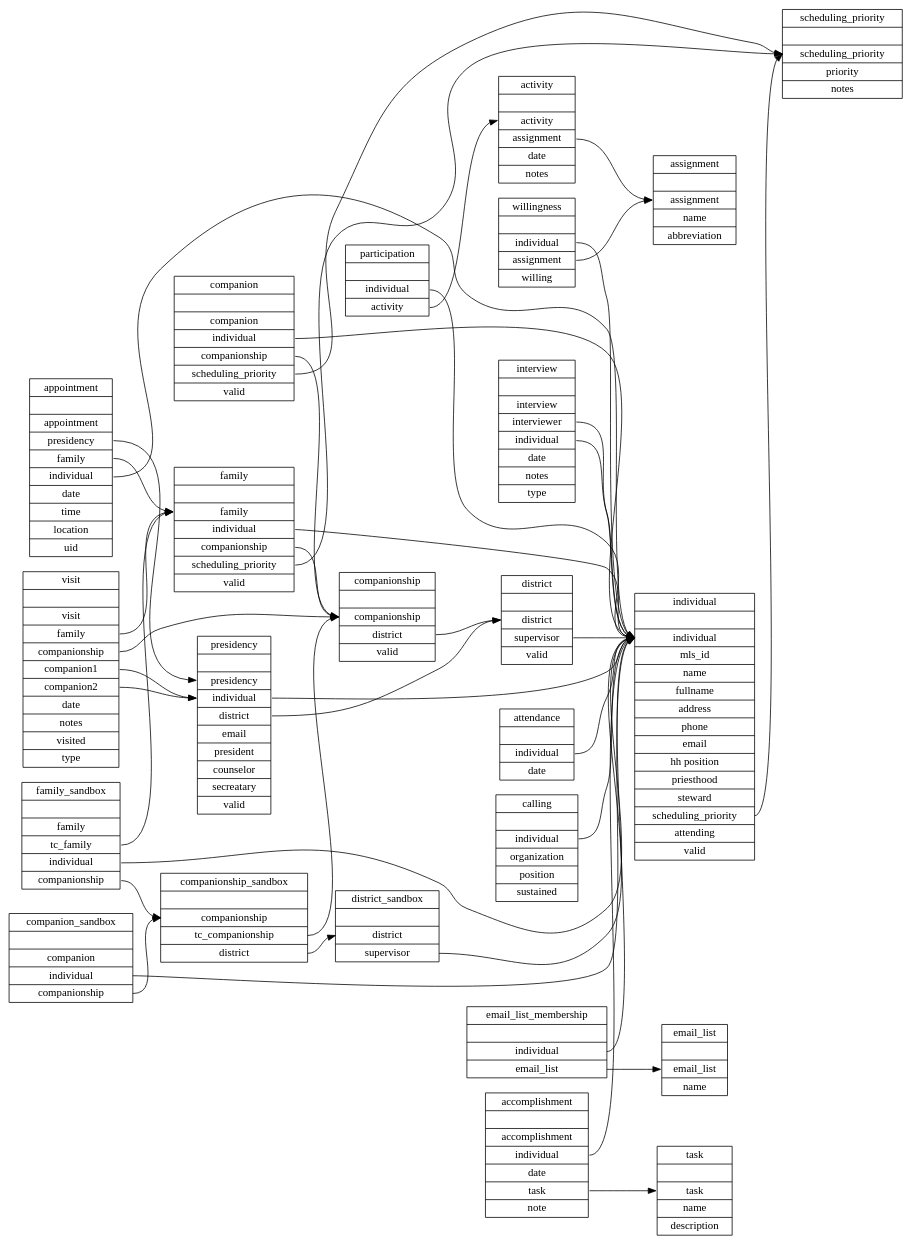
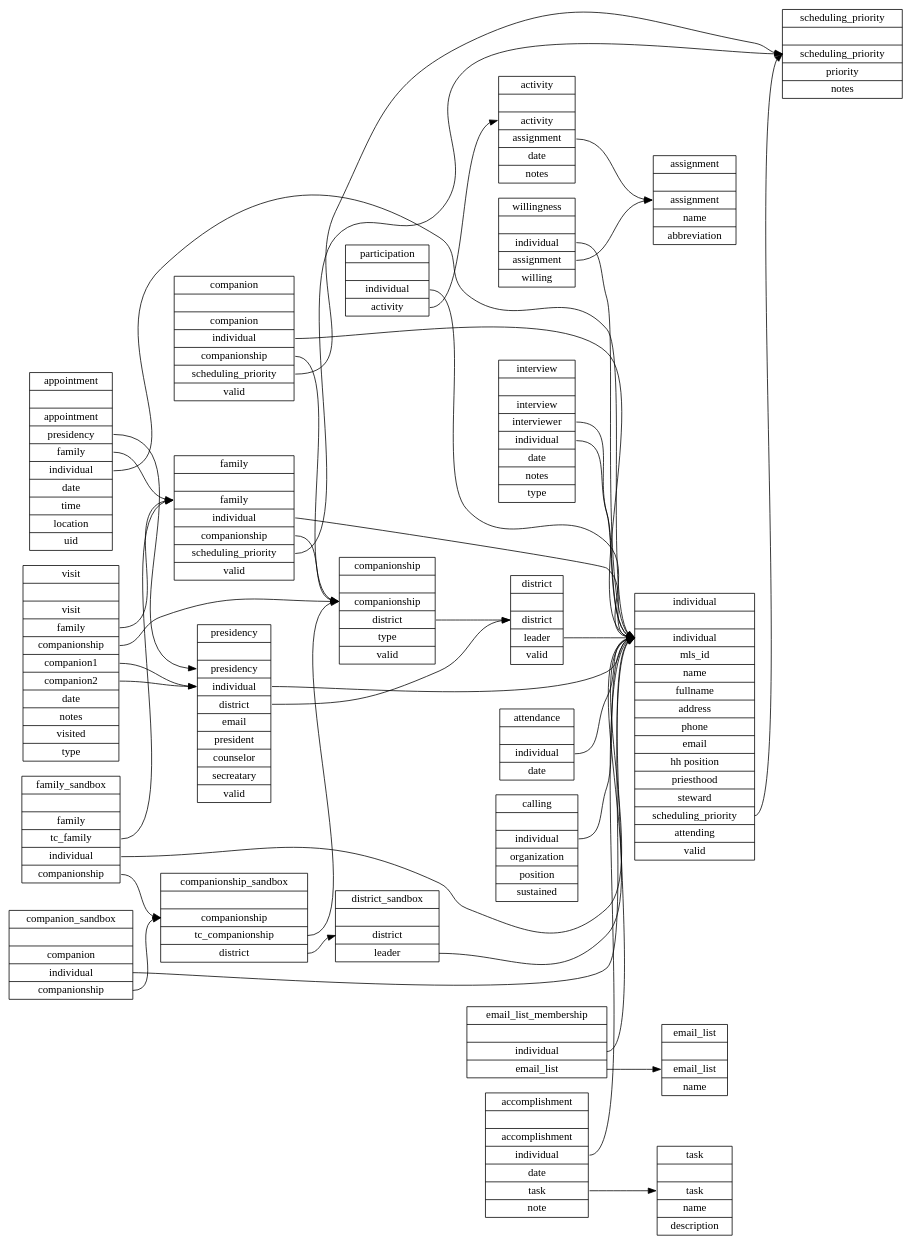
Before and after one commit to apippin/tc: the diagram in sql/schema.dot, drawn with Graphviz. The commit also changed 5 other files, not shown here.

Commit message:
change supervisor field in tc_district and tc_district_sandbox to leader

```diff
--- a/sql/schema.dot
+++ b/sql/schema.dot
@@ -1,158 +1,158 @@
 digraph schema {
   graph [
     rankdir = "LR"
   ];
   activity   [
     label = "activity||<a> activity|<s> assignment|<t> date|<n> notes"
     shape = "record"
   ];
   appointment   [
     label = "appointment||<a> appointment|<p> presidency|<f> family|<i> individual |<d> date|<t> time|<l> location|<u> uid"
     shape = "record"
   ];
   assignment    [
     label = "assignment||<a> assignment|<n> name|<ab> abbreviation"
     shape = "record"
   ];
   attendance   [
     label = "attendance||<i> individual|<d> date"
     shape = "record"
   ];
   calling       [
     label = "calling||<i> individual|<o> organization|<p> position|<s> sustained"
     shape = "record"
   ];
   companion   [
     label = "companion||<c> companion|<i> individual|<cp> companionship|<sp> scheduling_priority|<v> valid"
     shape = "record"
   ];
   companionship   [
-    label = "companionship||<c> companionship|<d> district|<v> valid"
+    label = "companionship||<c> companionship|<d> district|<t> type|<v> valid"
     shape = "record"
   ];
   district      [
-    label = "district||<d> district|<s> supervisor|<v> valid"
+    label = "district||<d> district|<l> leader|<v> valid"
     shape = "record"
   ];
   individual   [
     label = "individual||<i> individual|<id> mls_id|<n> name|<fn> fullname|<a> address|<p> phone|<em> email|<hh> hh position|<pr> priesthood|<st> steward|<sp> scheduling_priority|<a> attending|<v> valid"
     shape = "record"
   ];
   family   [
     label = "family||<f> family|<i> individual|<c> companionship|<sp> scheduling_priority|<v> valid"
     shape = "record"
   ];
   participation   [
     label = "participation||<i> individual|<a> activity"
     shape = "record"
   ];
   interview   [
     label = "interview||<in> interview|<i> interviewer|<il> individual|<t> date|<n> notes|<t> type"
     shape = "record"
   ];
   presidency    [
     label = "presidency||<p> presidency|<i> individual|<d> district|<em> email|<pr> president|<cn> counselor|<sec> secreatary|<v> valid"
     shape = "record"
   ];
   visit   [
     label = "visit||<v> visit|<f> family|<c> companionship|<c1> companion1|<c2> companion2|<t> date|<n> notes|<v> visited|<vt> type"
     shape = "record"
   ];
   willingness   [
     label = "willingness||<i> individual|<a> assignment|<w> willing"
     shape = "record"
   ];
   scheduling_priority   [
     label = "scheduling_priority||<sp> scheduling_priority|<p> priority|<n> notes"
     shape = "record"
   ];
   email_list   [
     label = "email_list||<e> email_list|<n> name"
     shape = "record"
   ];
   email_list_membership   [
     label = "email_list_membership||<i> individual|<e> email_list"
     shape = "record"
   ];
   accomplishment   [
     label = "accomplishment||<a> accomplishment|<i> individual|<d> date|<t> task|<n> note"
     shape = "record"
   ];
   task   [
     label = "task||<t> task|<n> name|<d> description"
     shape = "record"
   ];
   district_sandbox   [
-    label = "district_sandbox||<d> district|<s> supervisor"
+    label = "district_sandbox||<d> district|<l> leader"
     shape = "record"
   ];
   companion_sandbox   [
     label = "companion_sandbox||<c> companion|<i> individual|<cp> companionship"
     shape = "record"
   ];
   companionship_sandbox   [
     label = "companionship_sandbox||<cp> companionship|<tcp> tc_companionship|<d> district"
     shape = "record"
   ];
   family_sandbox   [
     label = "family_sandbox||<f> family|<tcf> tc_family|<i> individual|<cp> companionship"
     shape = "record"
   ];
 
   activity:s      -> assignment:a
 
   appointment:p   -> presidency:p
   appointment:f   -> family:f
   appointment:i   -> individual:i
 
   attendance:i    -> individual:i
   
   calling:i       -> individual:i
 
   companion:cp    -> companionship:c
   companion:i     -> individual:i
   companion:sp    -> scheduling_priority:sp
 
   companionship:d -> district:d
   
-  district:s      -> individual:i
+  district:l      -> individual:i
   
   individual:sp   -> scheduling_priority:sp
   
   family:i        -> individual:i
   family:c        -> companionship:c
   family:sp       -> scheduling_priority:sp
 
   participation:i -> individual:i
   participation:a -> activity:a
 
   interview:il    -> individual:i
   interview:i     -> individual:i
 
   presidency:i    -> individual:i
   presidency:d    -> district:d
 
   visit:c         -> companionship:c
   visit:f         -> family:f
   visit:c1        -> presidency:i
   visit:c2        -> presidency:i
 
   willingness:i   -> individual:i
   willingness:a   -> assignment:a
 
   email_list_membership:i  -> individual:i
   email_list_membership:e  -> email_list:e
   
   accomplishment:i   -> individual:i
   accomplishment:t   -> task:t
  
-  district_sandbox:s      -> individual:i
+  district_sandbox:l      -> individual:i
   companion_sandbox:i     -> individual:i
   companion_sandbox:cp    -> companionship_sandbox:cp
   companionship_sandbox:tcp -> companionship:c
   companionship_sandbox:d -> district_sandbox:d
   family_sandbox:tcf      -> family:f
   family_sandbox:i        -> individual:i
   family_sandbox:cp       -> companionship_sandbox:cp
   
 }
```
